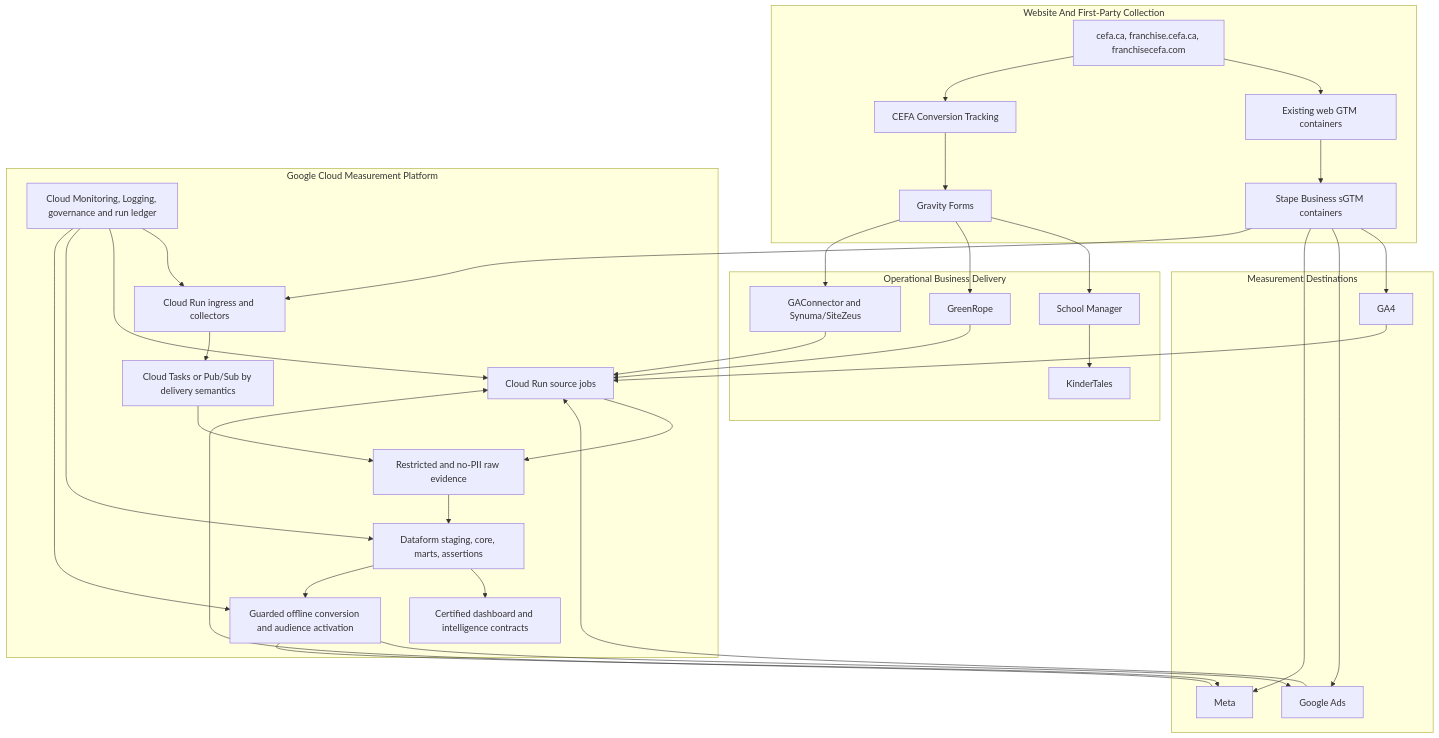
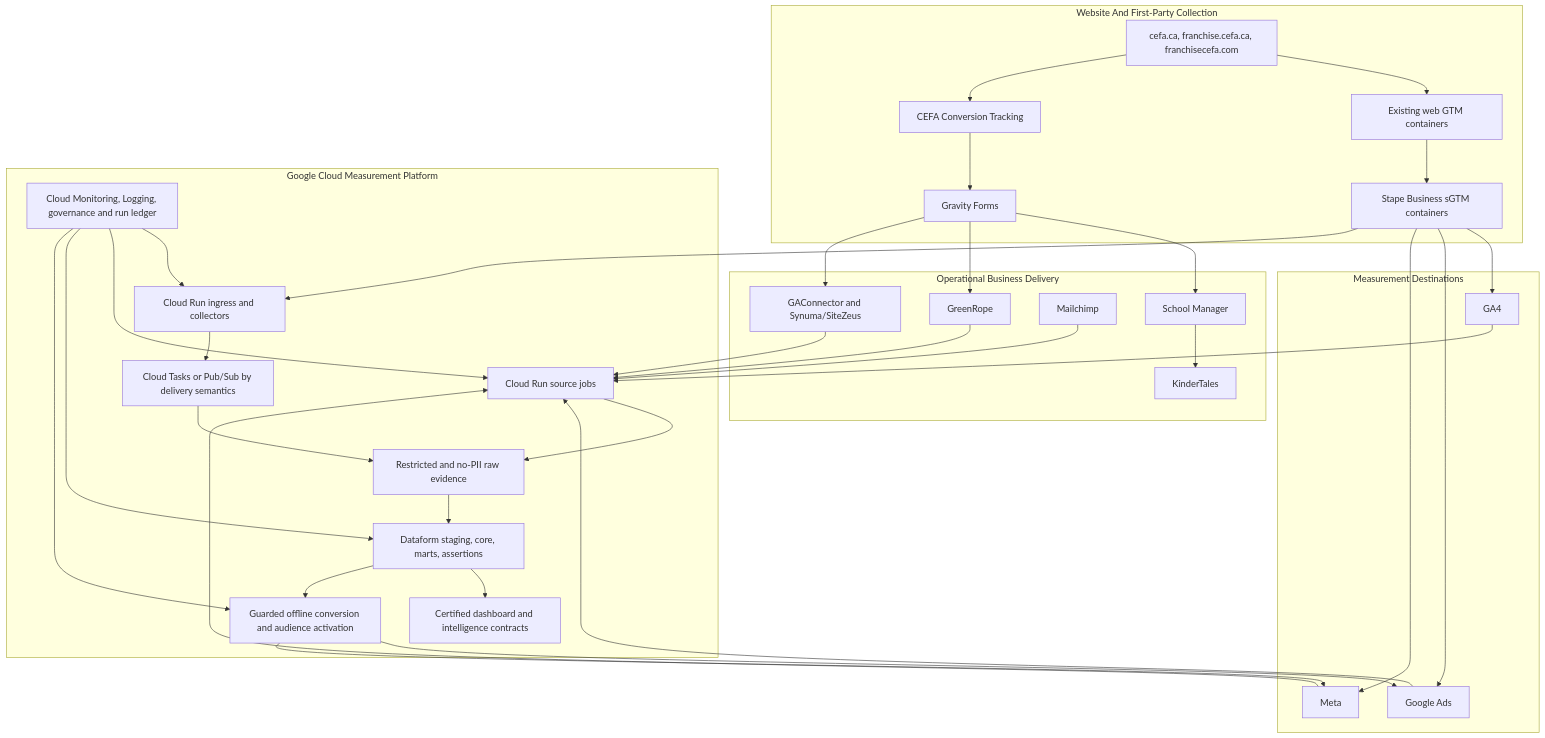
The diagram in docs/superpowers/plans/2026-07-25-google-cloud-stape-measurement-platform-blueprint.md (mert-atalay/cefa-marketing-ops), drawn with Mermaid before and after one commit. The commit also changed other lines of this file and 1 other file, not shown here.

````diff
--- a/docs/superpowers/plans/2026-07-25-google-cloud-stape-measurement-platform-blueprint.md
+++ b/docs/superpowers/plans/2026-07-25-google-cloud-stape-measurement-platform-blueprint.md
@@ -149,60 +154,62 @@
 ```mermaid
 flowchart TB
     subgraph WEB["Website And First-Party Collection"]
         SITES["cefa.ca, franchise.cefa.ca, franchisecefa.com"]
         WPGTM["Existing web GTM containers"]
         WPCT["CEFA Conversion Tracking"]
         FORMS["Gravity Forms"]
         STAPE["Stape Business sGTM containers"]
         SITES --> WPGTM
         SITES --> WPCT
         WPGTM --> STAPE
         WPCT --> FORMS
     end
 
     subgraph BUSINESS["Operational Business Delivery"]
         SM["School Manager"]
         KT["KinderTales"]
         GR["GreenRope"]
+        MC["Mailchimp"]
         SYN["GAConnector and Synuma/SiteZeus"]
         FORMS --> SM --> KT
         FORMS --> GR
         FORMS --> SYN
     end
 
     subgraph DEST["Measurement Destinations"]
         GA4["GA4"]
         GADS["Google Ads"]
         META["Meta"]
         STAPE --> GA4
         STAPE --> GADS
         STAPE --> META
     end
 
     subgraph GCP["Google Cloud Measurement Platform"]
         INGRESS["Cloud Run ingress and collectors"]
         QUEUE["Cloud Tasks or Pub/Sub by delivery semantics"]
         EXTRACT["Cloud Run source jobs"]
         BQRAW["Restricted and no-PII raw evidence"]
         DATAFORM["Dataform staging, core, marts, assertions"]
         SERVE["Certified dashboard and intelligence contracts"]
         ACT["Guarded offline conversion and audience activation"]
         OBS["Cloud Monitoring, Logging, governance and run ledger"]
         STAPE --> INGRESS
         GR --> EXTRACT
+        MC --> EXTRACT
         SYN --> EXTRACT
         GA4 --> EXTRACT
         GADS --> EXTRACT
         META --> EXTRACT
         INGRESS --> QUEUE --> BQRAW
         EXTRACT --> BQRAW
         BQRAW --> DATAFORM --> SERVE
         DATAFORM --> ACT
         ACT --> GADS
         ACT --> META
         OBS --> INGRESS
         OBS --> EXTRACT
         OBS --> DATAFORM
         OBS --> ACT
     end
 ```
````
